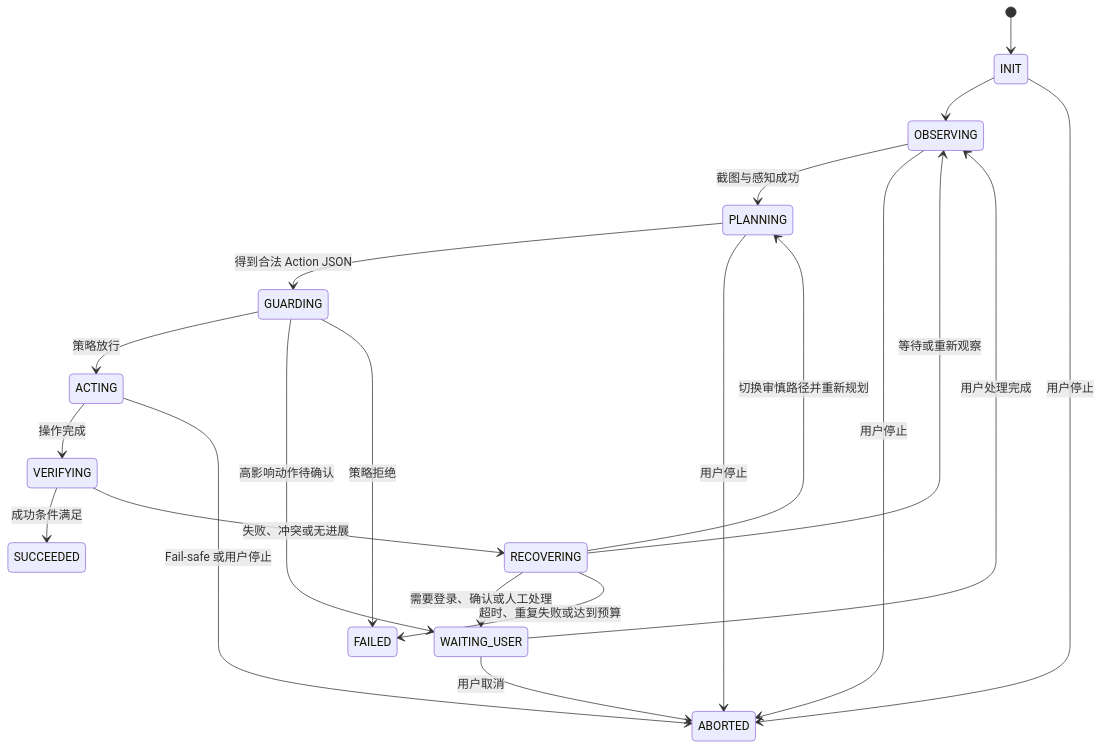
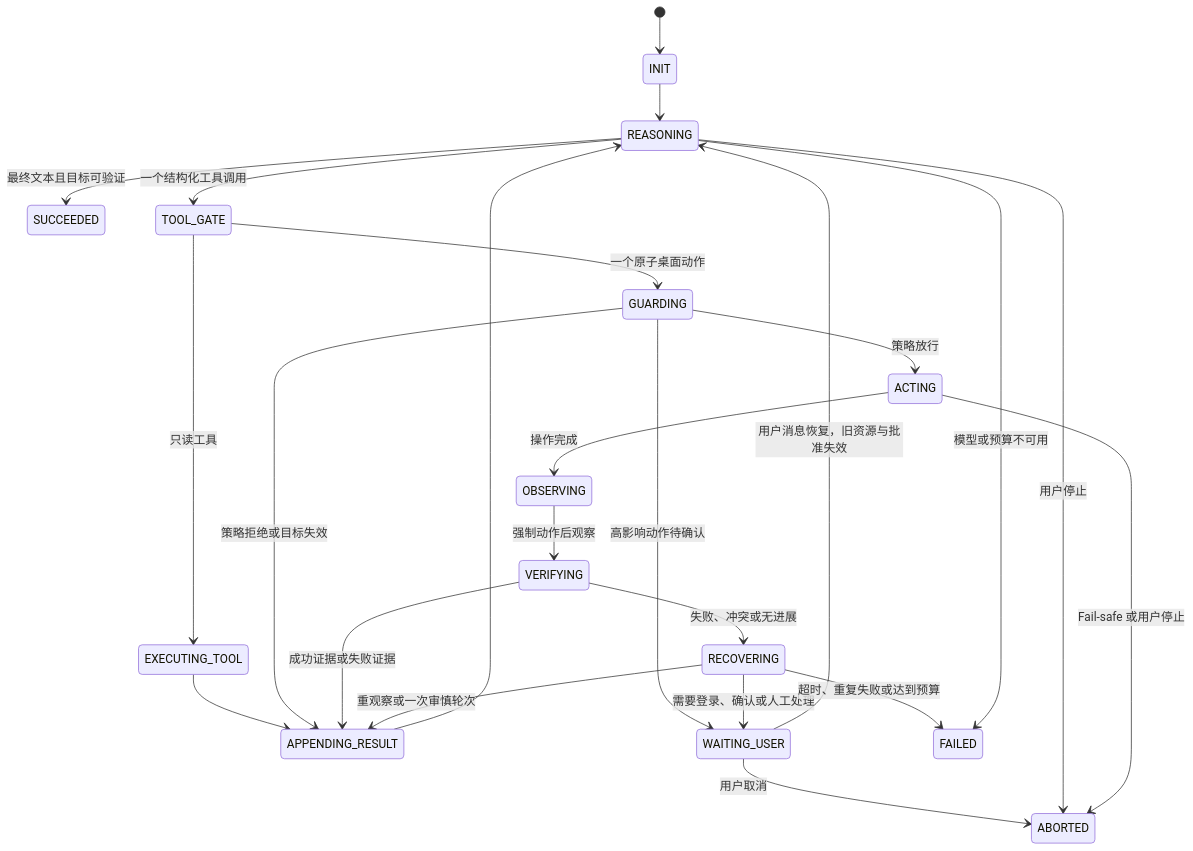
The fourth of 4 diagrams in tech-design.md (Luvisdaisy/max), drawn with Mermaid before and after one commit. The commit also changed other lines of this file and 42 other files, not shown here.

````diff
--- a/tech-design.md
+++ b/tech-design.md
@@ -319,23 +324,26 @@
 ```mermaid
 stateDiagram-v2
     [*] --> INIT
-    INIT --> OBSERVING
-    OBSERVING --> PLANNING: 截图与感知成功
-    PLANNING --> GUARDING: 得到合法 Action JSON
+    INIT --> REASONING
+    REASONING --> SUCCEEDED: 最终文本且目标可验证
+    REASONING --> TOOL_GATE: 一个结构化工具调用
+    TOOL_GATE --> EXECUTING_TOOL: 只读工具
+    EXECUTING_TOOL --> APPENDING_RESULT
+    APPENDING_RESULT --> REASONING
+    TOOL_GATE --> GUARDING: 一个原子桌面动作
     GUARDING --> ACTING: 策略放行
     GUARDING --> WAITING_USER: 高影响动作待确认
-    GUARDING --> FAILED: 策略拒绝
-    ACTING --> VERIFYING: 操作完成
-    VERIFYING --> SUCCEEDED: 成功条件满足
+    GUARDING --> APPENDING_RESULT: 策略拒绝或目标失效
+    ACTING --> OBSERVING: 操作完成
+    OBSERVING --> VERIFYING: 强制动作后观察
+    VERIFYING --> APPENDING_RESULT: 成功证据或失败证据
     VERIFYING --> RECOVERING: 失败、冲突或无进展
-    RECOVERING --> OBSERVING: 等待或重新观察
-    RECOVERING --> PLANNING: 切换审慎路径并重新规划
+    RECOVERING --> APPENDING_RESULT: 重观察或一次审慎轮次
     RECOVERING --> WAITING_USER: 需要登录、确认或人工处理
     RECOVERING --> FAILED: 超时、重复失败或达到预算
-    WAITING_USER --> OBSERVING: 用户处理完成
+    WAITING_USER --> REASONING: 用户消息恢复，旧资源与批准失效
     WAITING_USER --> ABORTED: 用户取消
-    INIT --> ABORTED: 用户停止
-    OBSERVING --> ABORTED: 用户停止
-    PLANNING --> ABORTED: 用户停止
+    REASONING --> FAILED: 模型或预算不可用
+    REASONING --> ABORTED: 用户停止
     ACTING --> ABORTED: Fail-safe 或用户停止
 ```
````
